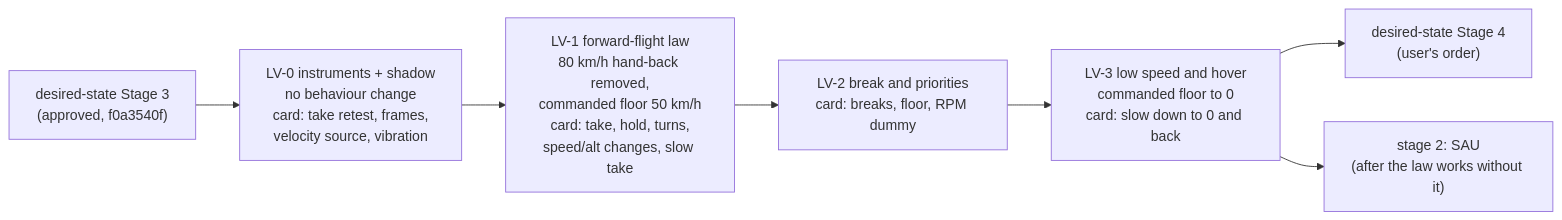
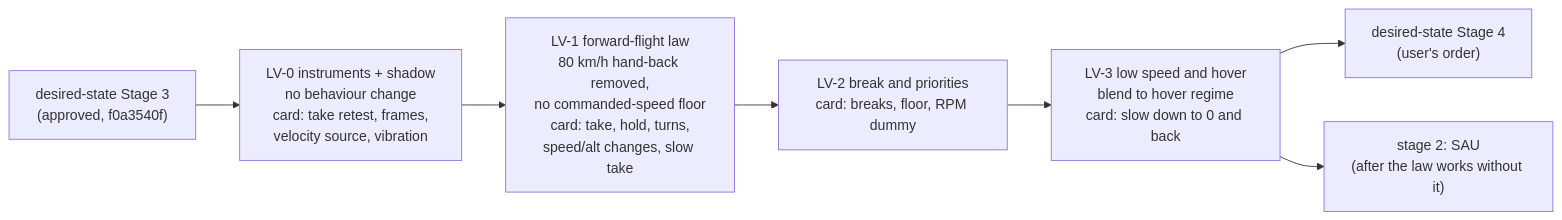
The sixth of 6 diagrams in plans/flight-lift-vector/plan.md (lightlyfallingrain/DCS-petrobrain), drawn with Mermaid before and after one commit. The commit also changed other lines of this file, not shown here.

First line of the commit message:
Lift-vector plan: carry U8's "no floor" through the whole document

````diff
--- a/plans/flight-lift-vector/plan.md
+++ b/plans/flight-lift-vector/plan.md
@@ -257,9 +269,9 @@
 ```mermaid
 flowchart LR
   S3["desired-state Stage 3<br/>(approved, f0a3540f)"] --> LV0["LV-0 instruments + shadow<br/>no behaviour change<br/>card: take retest, frames,<br/>velocity source, vibration"]
-  LV0 --> LV1["LV-1 forward-flight law<br/>80 km/h hand-back removed,<br/>commanded floor 50 km/h<br/>card: take, hold, turns,<br/>speed/alt changes, slow take"]
+  LV0 --> LV1["LV-1 forward-flight law<br/>80 km/h hand-back removed,<br/>no commanded-speed floor<br/>card: take, hold, turns,<br/>speed/alt changes, slow take"]
   LV1 --> LV2["LV-2 break and priorities<br/>card: breaks, floor, RPM dummy"]
-  LV2 --> LV3["LV-3 low speed and hover<br/>commanded floor to 0<br/>card: slow down to 0 and back"]
+  LV2 --> LV3["LV-3 low speed and hover<br/>blend to hover regime<br/>card: slow down to 0 and back"]
   LV3 --> S4["desired-state Stage 4<br/>(user's order)"]
   LV3 --> SAU["stage 2: SAU<br/>(after the law works without it)"]
 ```
````
